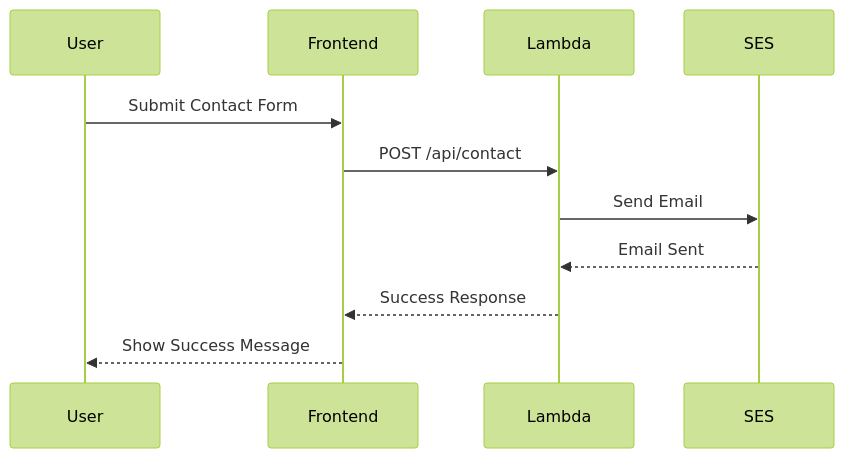
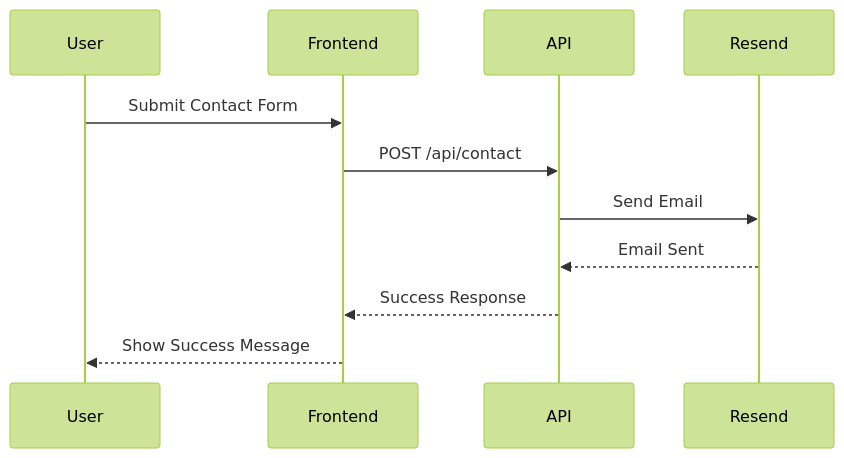
One commit to BjornMelin/bjornmelin-platform-io changed the second of 3 diagrams in README.md. Above: the diagram before and after it, drawn with Mermaid (forest theme). The commit also changed other lines of this file and 19 other files, not shown here.

First line of the commit message:
feat: migrate email notifications to Resend API

````diff
--- a/README.md
+++ b/README.md
@@ -114,14 +114,14 @@
 ```mermaid
 sequenceDiagram
     participant User
     participant Frontend
-    participant Lambda
-    participant SES
+    participant API
+    participant Resend
 
     User->>Frontend: Submit Contact Form
-    Frontend->>Lambda: POST /api/contact
-    Lambda->>SES: Send Email
-    SES-->>Lambda: Email Sent
-    Lambda-->>Frontend: Success Response
+    Frontend->>API: POST /api/contact
+    API->>Resend: Send Email
+    Resend-->>API: Email Sent
+    API-->>Frontend: Success Response
     Frontend-->>User: Show Success Message
 ```
````
